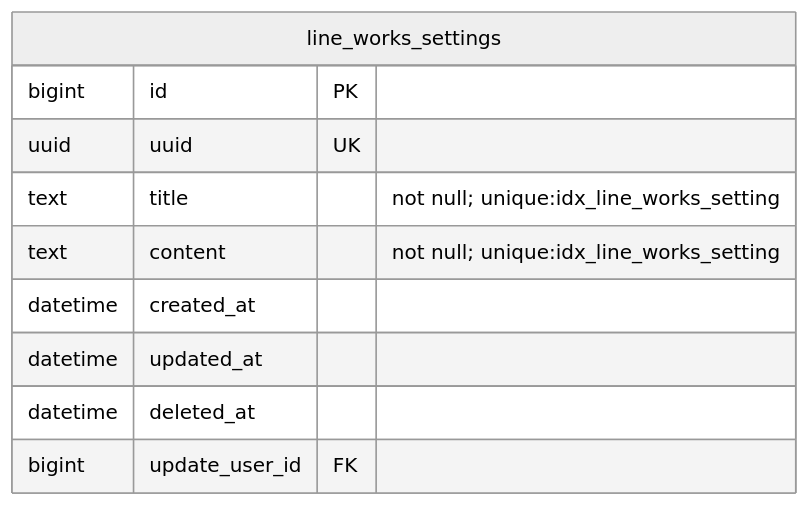
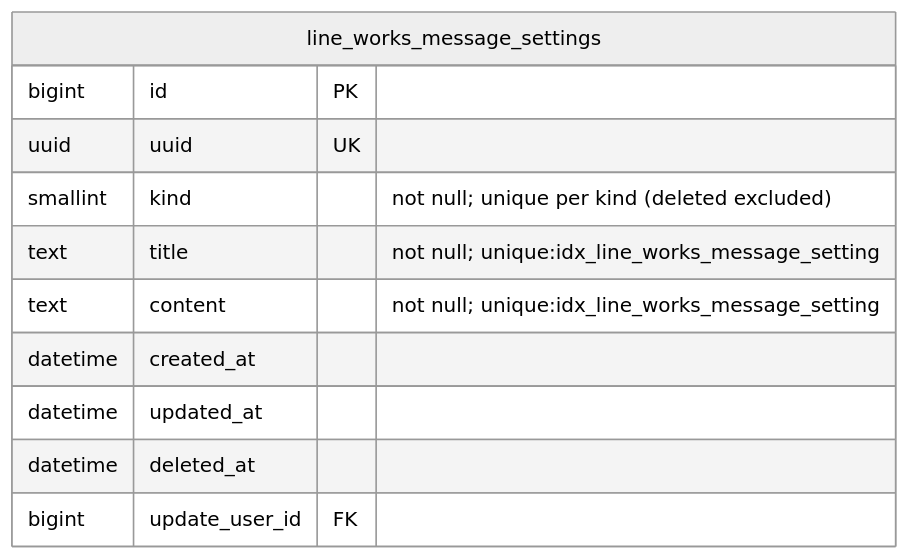
The diagram in doc/documents/management-notification-layout.md (polarisbuds/growlink-origin), drawn with Mermaid (neutral theme) before and after one commit. The commit also changed other lines of this file and 14 other files, not shown here.

````diff
--- a/doc/documents/management-notification-layout.md
+++ b/doc/documents/management-notification-layout.md
@@ -120,14 +120,15 @@
 ```mermaid
 erDiagram
 
-line_works_settings {
+line_works_message_settings {
     bigint id PK
     uuid uuid UK
-    text title "not null; unique:idx_line_works_setting"
-    text content "not null; unique:idx_line_works_setting"
+    smallint kind "not null; unique per kind (deleted excluded)"
+    text title "not null; unique:idx_line_works_message_setting"
+    text content "not null; unique:idx_line_works_message_setting"
     datetime created_at
     datetime updated_at
     datetime deleted_at
     bigint update_user_id FK
 }
 ```
````
